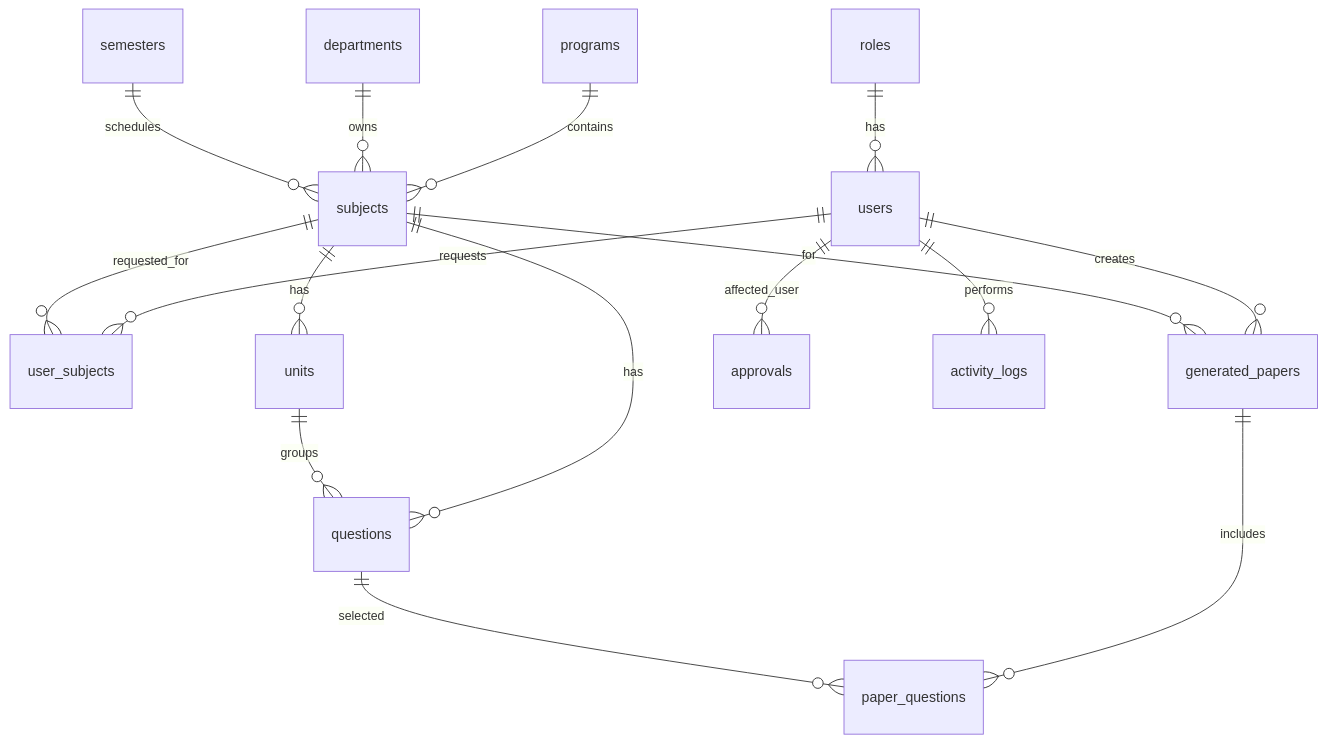
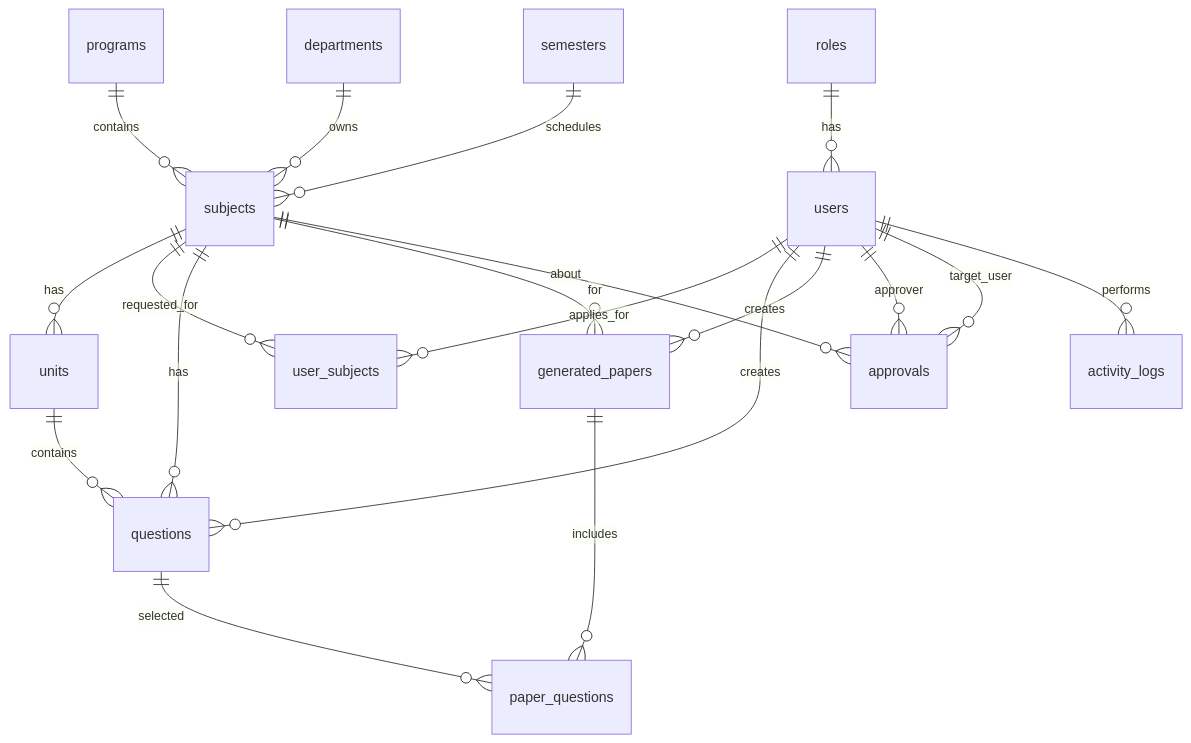
The diagram in docs/er-diagram.md (hemantagogoi/pern), drawn with Mermaid before and after one commit. The commit also changed other lines of this file and 11 other files, not shown here.

````diff
--- a/docs/er-diagram.md
+++ b/docs/er-diagram.md
@@ -3,18 +3,21 @@
 ```mermaid
 erDiagram
   roles ||--o{ users : has
-  users ||--o{ user_subjects : requests
+  users ||--o{ user_subjects : applies_for
   programs ||--o{ subjects : contains
   departments ||--o{ subjects : owns
   semesters ||--o{ subjects : schedules
   subjects ||--o{ units : has
   subjects ||--o{ user_subjects : requested_for
   subjects ||--o{ questions : has
-  units ||--o{ questions : groups
+  units ||--o{ questions : contains
+  users ||--o{ questions : creates
   users ||--o{ generated_papers : creates
   subjects ||--o{ generated_papers : for
   generated_papers ||--o{ paper_questions : includes
   questions ||--o{ paper_questions : selected
-  users ||--o{ approvals : affected_user
+  users ||--o{ approvals : approver
+  users ||--o{ approvals : target_user
+  subjects ||--o{ approvals : about
   users ||--o{ activity_logs : performs
 ```
````
